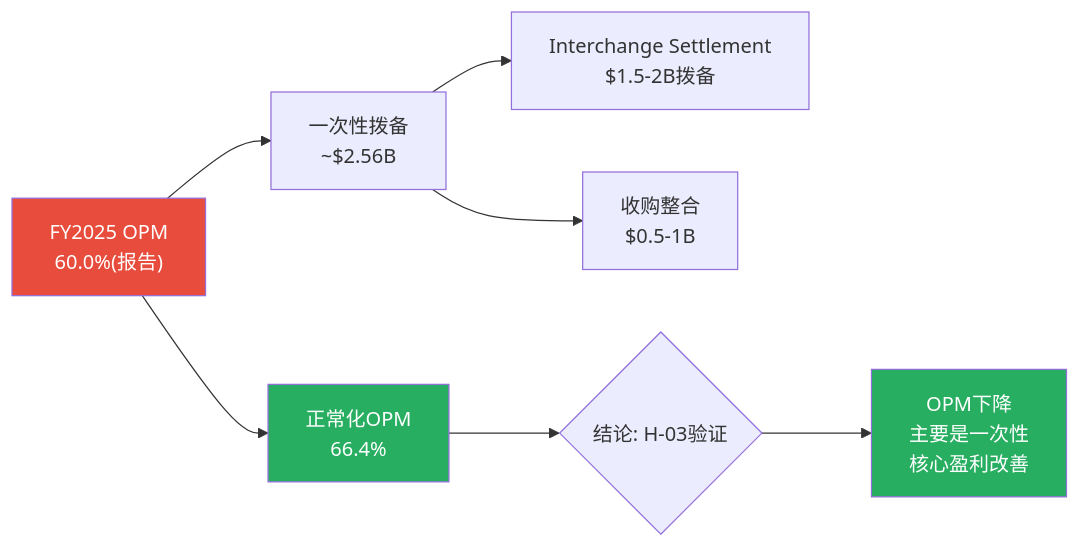
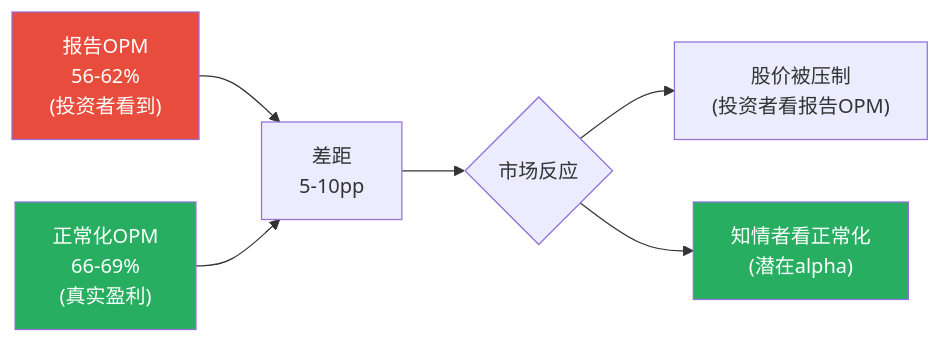
Before and after one commit to miltonnewyork25-afk/investment-master: the first of 2 diagrams in reports/V/V_Phase2.md, drawn with Mermaid. The commit also changed other lines of this file, not shown here.

````diff
--- a/reports/V/V_Phase2.md
+++ b/reports/V/V_Phase2.md
@@ -59,15 +79,13 @@
 ```mermaid
 graph LR
-    A["FY2025 OPM<br/>60.0%(报告)"] --> B["一次性拨备<br/>~$2.56B"]
-    A --> C["正常化OPM<br/>66.4%"]
+    A["报告OPM<br/>56-62%<br/>(投资者看到)"] --> B["差距<br/>5-10pp"]
+    C["正常化OPM<br/>66-69%<br/>(真实盈利)"] --> B
 
-    B --> D["Interchange Settlement<br/>$1.5-2B拨备"]
-    B --> E["收购整合<br/>$0.5-1B"]
-
-    C --> F{"结论: H-03验证"}
-    F --> G["OPM下降<br/>主要是一次性<br/>核心盈利改善"]
+    B --> D{"市场反应"}
+    D --> E["股价被压制<br/>(投资者看报告OPM)"]
+    D --> F["知情者看正常化<br/>(潜在alpha)"]
 
     style A fill:#E74C3C,color:#fff
     style C fill:#27AE60,color:#fff
-    style G fill:#27AE60,color:#fff
+    style F fill:#27AE60,color:#fff
 ```
````
